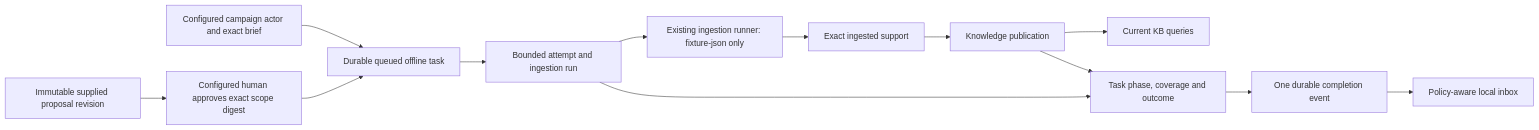
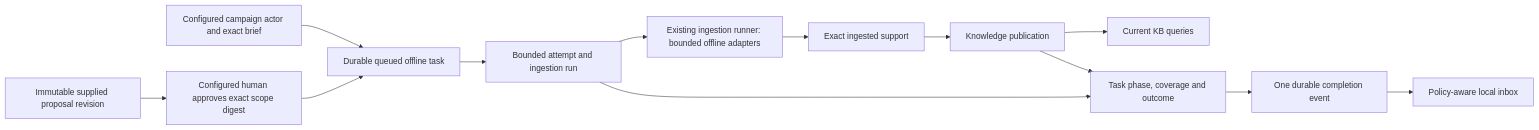
One commit to jinroylee/social-marketing-intelligence changed the second of 4 diagrams in docs/architecture.md. Above: the diagram before and after it, drawn with Mermaid. The commit also changed other lines of this file and 27 other files, not shown here.

Commit message:
Implement bounded approved offline keyword discovery

````diff
--- a/docs/architecture.md
+++ b/docs/architecture.md
@@ -40,15 +40,15 @@
 ```mermaid
 flowchart LR
     Campaign[Configured campaign actor and exact brief] --> Task[Durable queued offline task]
     Proposal[Immutable supplied proposal revision] --> Approval[Configured human approves exact scope digest]
     Approval --> Task
     Task --> Attempt[Bounded attempt and ingestion run]
-    Attempt --> Runner[Existing ingestion runner: fixture-json only]
+    Attempt --> Runner[Existing ingestion runner: bounded offline adapters]
     Runner --> Support[Exact ingested support]
     Support --> Publication[Knowledge publication]
     Publication --> Query[Current KB queries]
     Attempt --> Detail[Task phase, coverage and outcome]
     Publication --> Detail
     Detail --> Event[One durable completion event]
     Event --> Inbox[Policy-aware local inbox]
 ```
````
